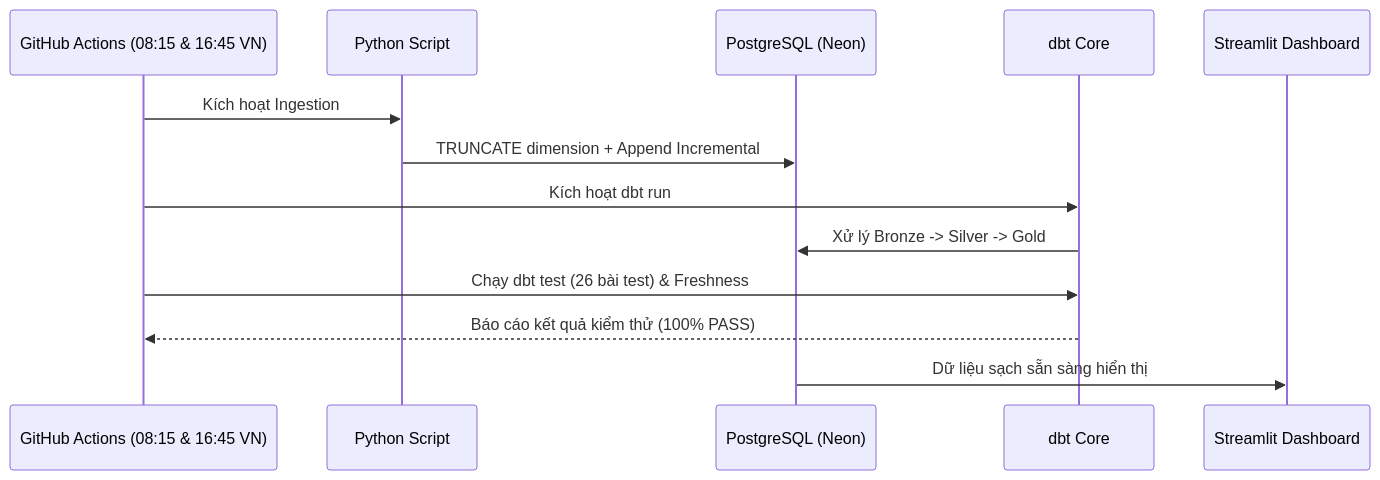
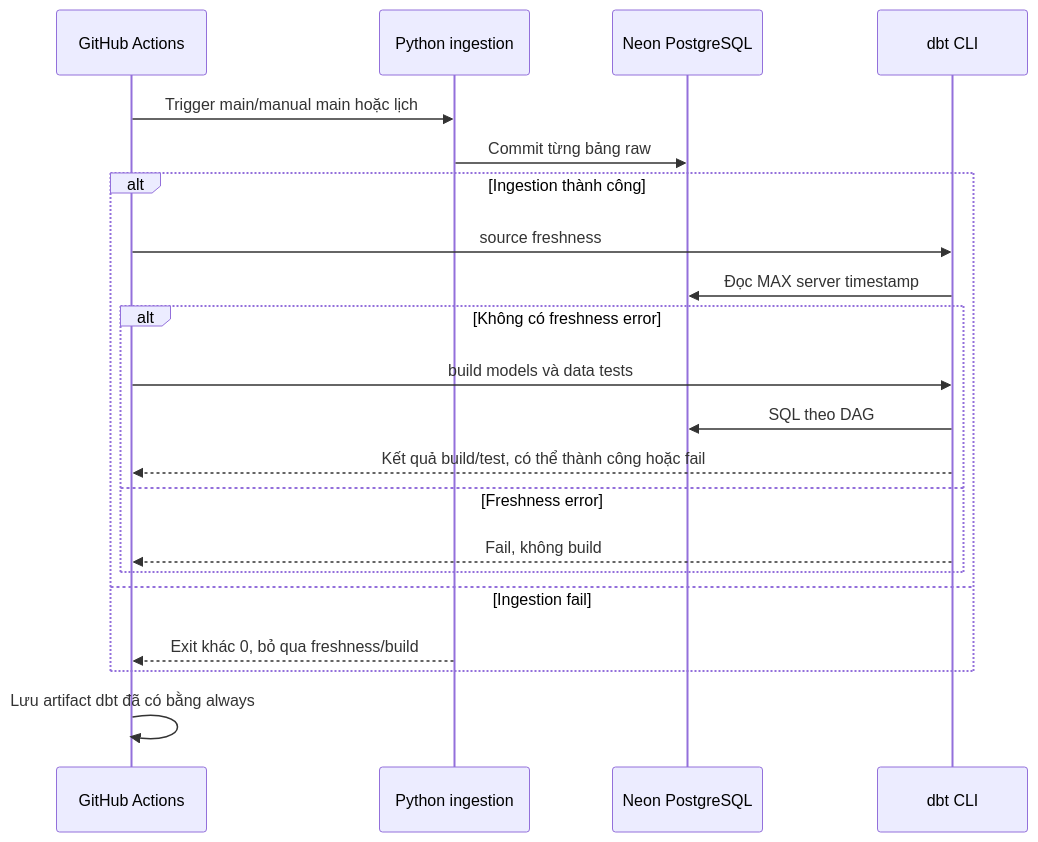
One commit to PhucTruong11/laplaptech_pipeline changed the third of 5 diagrams in SYSTEM_DESIGN_GUIDE.md. Above: the diagram before and after it, drawn with Mermaid. The commit also changed other lines of this file and 19 other files, not shown here.

Commit message:
Harden ingestion and document pipeline data flow

````diff
--- a/SYSTEM_DESIGN_GUIDE.md
+++ b/SYSTEM_DESIGN_GUIDE.md
@@ -145,16 +95,23 @@
 ```mermaid
 sequenceDiagram
-    participant GH as GitHub Actions (08:15 & 16:45 VN)
-    participant Ingestion as Python Script
-    participant Warehouse as PostgreSQL (Neon)
-    participant Transform as dbt Core
-    participant App as Streamlit Dashboard
-
-    GH->>Ingestion: Kích hoạt Ingestion
-    Ingestion->>Warehouse: TRUNCATE dimension + Append Incremental
-    GH->>Transform: Kích hoạt dbt run
-    Transform->>Warehouse: Xử lý Bronze -> Silver -> Gold
-    GH->>Transform: Chạy dbt test (26 bài test) & Freshness
-    Transform-->>GH: Báo cáo kết quả kiểm thử (100% PASS)
-    Warehouse->>App: Dữ liệu sạch sẵn sàng hiển thị
+    participant GH as GitHub Actions
+    participant PY as Python ingestion
+    participant PG as Neon PostgreSQL
+    participant DBT as dbt CLI
+    GH->>PY: Trigger main/manual main hoặc lịch
+    PY->>PG: Commit từng bảng raw
+    alt Ingestion thành công
+        GH->>DBT: source freshness
+        DBT->>PG: Đọc MAX server timestamp
+        alt Không có freshness error
+            GH->>DBT: build models và data tests
+            DBT->>PG: SQL theo DAG
+            DBT-->>GH: Kết quả build/test, có thể thành công hoặc fail
+        else Freshness error
+            DBT-->>GH: Fail, không build
+        end
+    else Ingestion fail
+        PY-->>GH: Exit khác 0, bỏ qua freshness/build
+    end
+    GH->>GH: Lưu artifact dbt đã có bằng always
 ```
````
